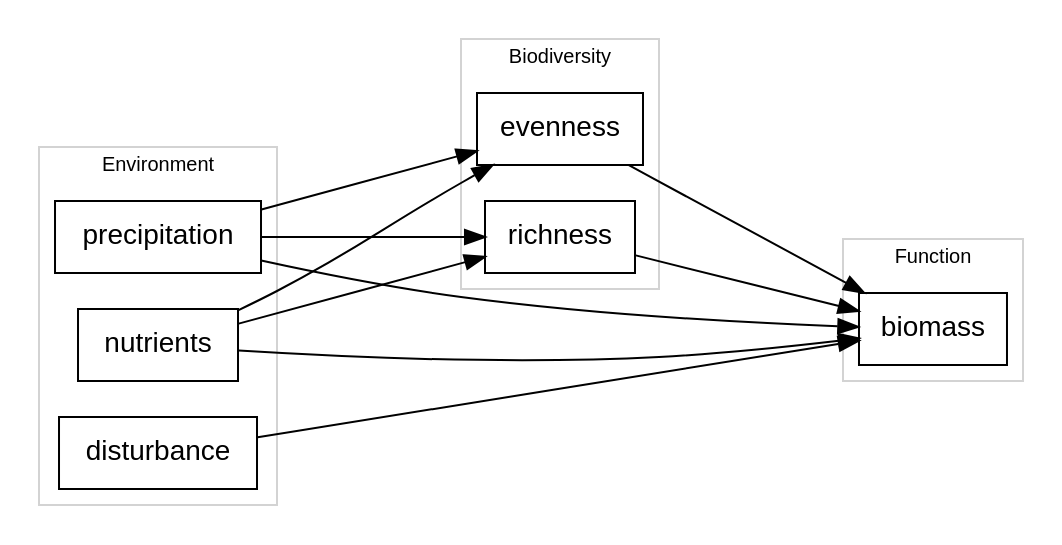
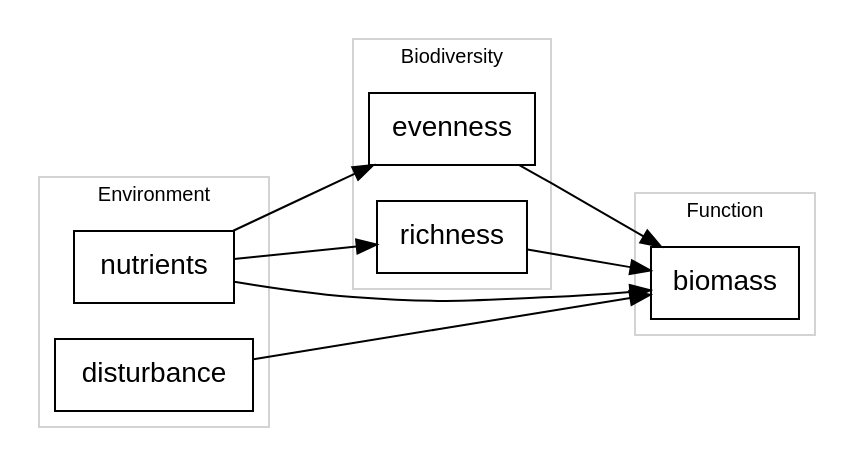
One commit to pennekampster/Swiss_SEM changed diagram 25 of 29 in 5_Slides/Intro_to_SEM_part1.qmd. Above: the diagram before and after it, drawn with Graphviz. The commit also changed other lines of this file and 3 other files, not shown here.

````diff
--- a/5_Slides/Intro_to_SEM_part1.qmd
+++ b/5_Slides/Intro_to_SEM_part1.qmd
@@ -1472,48 +1470,46 @@
 ```{dot}
-//| fig-width: 9
+//| fig-width: 6
+//| fig-height: 6
+
 digraph  {
 
    # a 'graph' statement
-  graph [overlap = false, fontsize = 10, rankdir = LR, ranksep=1.5]
+  graph [overlap = false, fontsize = 10, rankdir = LR, ranksep=.8]
 
   # several 'node' statements
   node [shape = box,
         fontname = Helvetica]
   
    subgraph cluster_bio {
         label="Biodiversity"
         fontname = Helvetica
 		    color=lightgrey;
         evenness, richness;
         }
 
 
    subgraph cluster_env {
         label="Environment"
         fontname = Helvetica
      		color=lightgrey;
-        precipitation;
         nutrients;
         disturbance;
         }
 
-    precipitation->richness;
-    precipitation->evenness;
-    precipitation->biomass;
     nutrients->richness;
     nutrients->evenness;
     nutrients->biomass;
     disturbance -> biomass;
 
    subgraph cluster_prod {
      label="Function";
      fontname = Helvetica;
      color=lightgrey;
      biomass; 
      }
 
     evenness->biomass ;
     richness->biomass ;
   
 }
 ```
````
